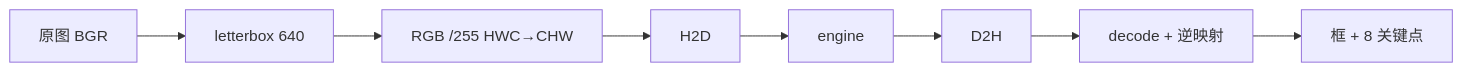
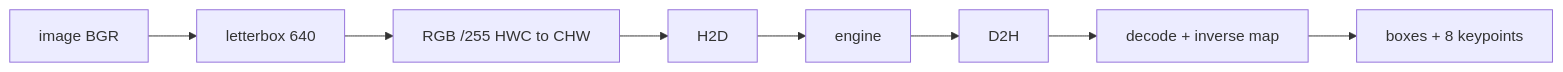
The second of 3 diagrams in Artificial_Intelligence/CUDA/TensorRT 部署学习路径.md (Korotomx/STD), drawn with Mermaid before and after one commit. The commit also changed other lines of this file and 173 other files, not shown here.

````diff
--- a/Artificial_Intelligence/CUDA/TensorRT 部署学习路径.md
+++ b/Artificial_Intelligence/CUDA/TensorRT 部署学习路径.md
@@ -150,4 +16,4 @@
 ```mermaid
 flowchart LR
-    A[原图 BGR] --> B[letterbox 640] --> C[RGB /255 HWC→CHW] --> D[H2D] --> E[engine] --> F[D2H] --> G[decode + 逆映射] --> H[框 + 8 关键点]
+    A["image BGR"] --> B["letterbox 640"] --> C["RGB /255 HWC to CHW"] --> D[H2D] --> E[engine] --> F[D2H] --> G["decode + inverse map"] --> H["boxes + 8 keypoints"]
 ```
````
